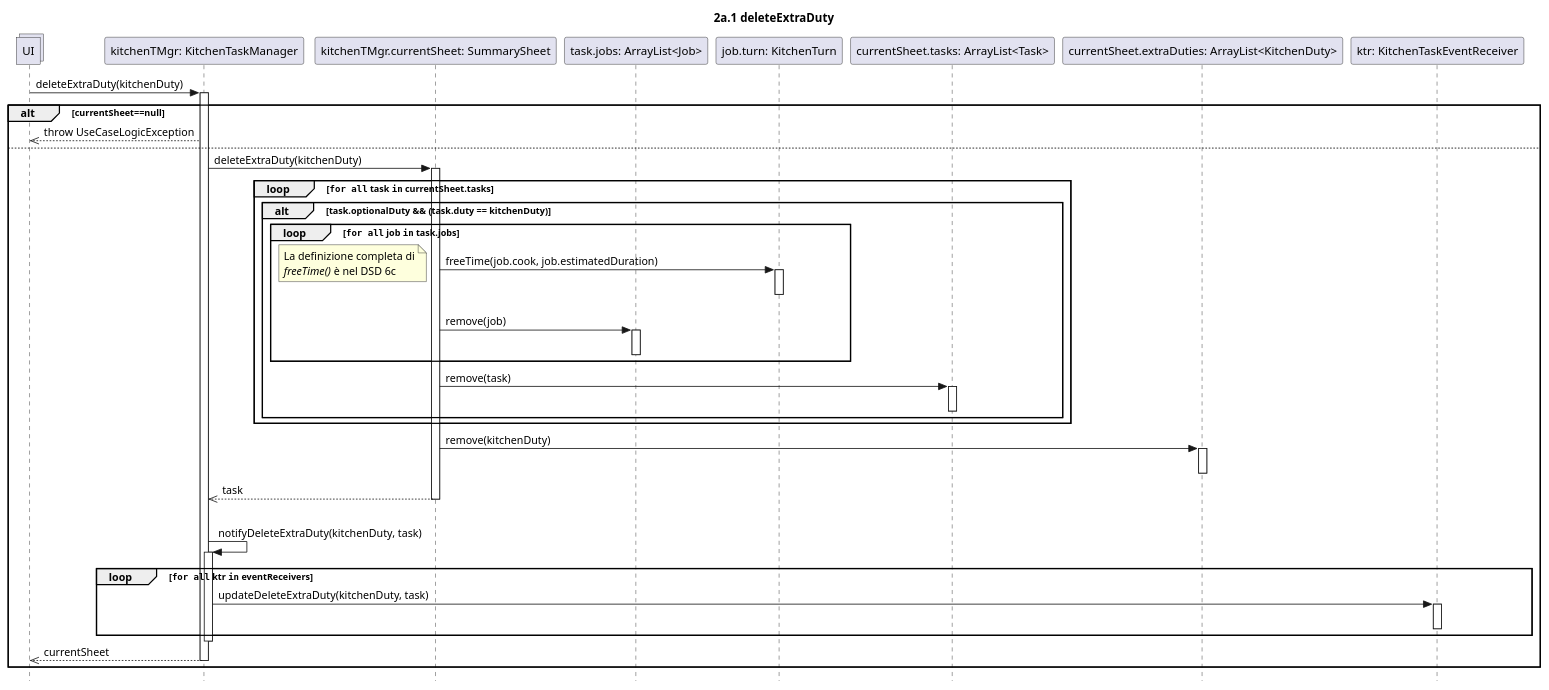
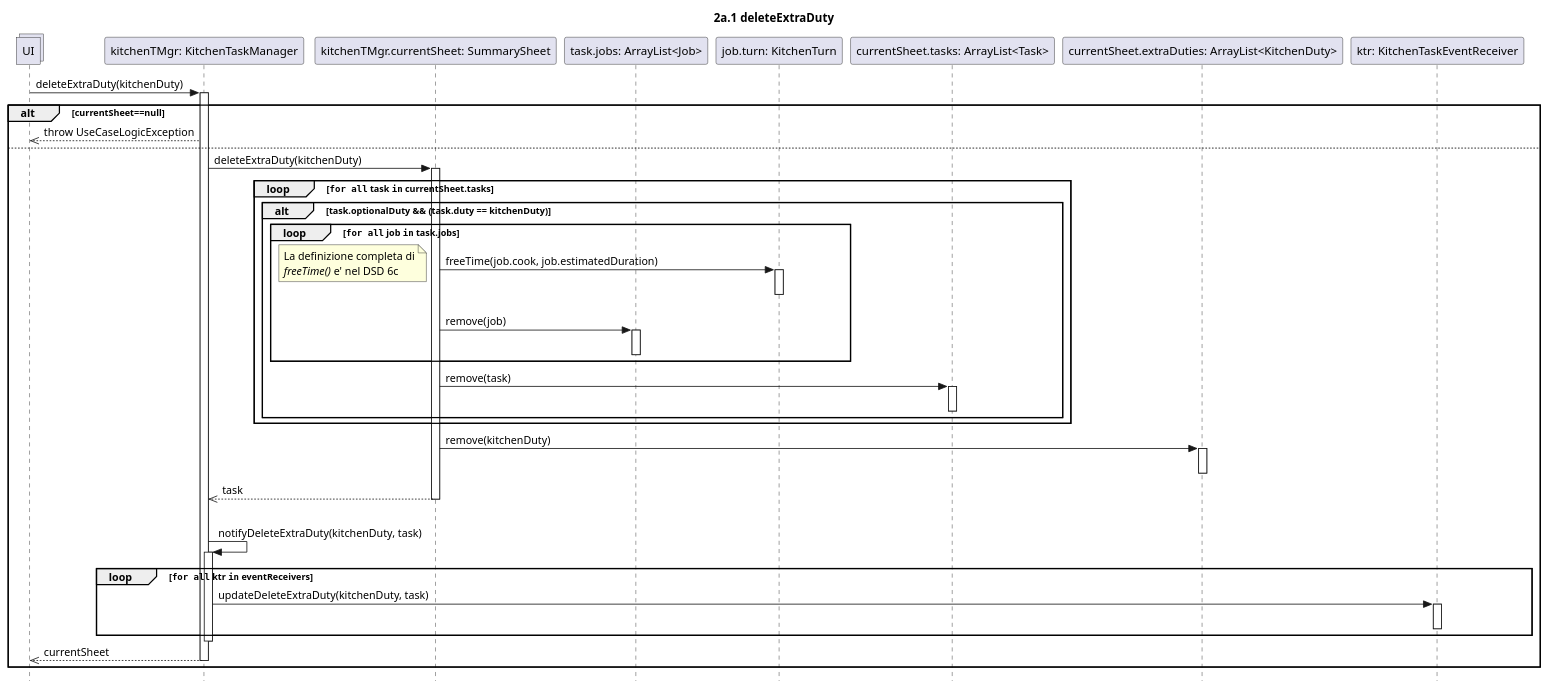
One commit to stefa168/sas-project changed the diagram in UP/Progettazione/UC Gestire Compiti Cucina/DSD/DSD Operazione 2a.1.puml. Above: the diagram before and after it, drawn with PlantUML. The commit also changed 6 other files, not shown here.

```diff
--- a/UP/Progettazione/UC Gestire Compiti Cucina/DSD/DSD Operazione 2a.1.puml
+++ b/UP/Progettazione/UC Gestire Compiti Cucina/DSD/DSD Operazione 2a.1.puml
@@ -1,67 +1,67 @@
 @startuml Operazione 2a.1
 skinparam Style strictuml
 
 title 2a.1 deleteExtraDuty
 
 collections UI
 
 participant "kitchenTMgr: KitchenTaskManager" as ktm
 UI -> ktm: deleteExtraDuty(kitchenDuty)
 activate ktm
 
 alt currentSheet==null
     UI <<-- ktm: throw UseCaseLogicException
 else
     participant "kitchenTMgr.currentSheet: SummarySheet" as ss
     ktm -> ss: deleteExtraDuty(kitchenDuty)
     activate ss
 
     loop ""for all"" task ""in"" currentSheet.tasks
         alt task.optionalDuty && (task.duty == kitchenDuty)
             loop ""for all"" job ""in"" task.jobs
                 participant "task.jobs: ArrayList<Job>" as j
                 participant "job.turn: KitchenTurn" as jobKitchenTurn
 
                 ss -> jobKitchenTurn: freeTime(job.cook, job.estimatedDuration)
-                note left: La definizione completa di\n//freeTime()// è nel DSD 6c
+                note left: La definizione completa di\n//freeTime()// e' nel DSD 6c
                 activate jobKitchenTurn
                 deactivate jobKitchenTurn
 
                 ss -> j: remove(job)
                 activate j
                 deactivate j
             end
 
             participant "currentSheet.tasks: ArrayList<Task>" as tasks
             ss -> tasks: remove(task)
             activate tasks
             deactivate tasks
         end
     end
     
     participant "currentSheet.extraDuties: ArrayList<KitchenDuty>" as kdList
     ss -> kdList: remove(kitchenDuty)
     activate kdList
     deactivate kdList
     
     ktm <<-- ss: task
     deactivate ss
 
     participant "ktr: KitchenTaskEventReceiver" as ktr
     |||
     ktm -> ktm: notifyDeleteExtraDuty(kitchenDuty, task)
         activate ktm
     loop ""for all"" ktr ""in"" eventReceivers
         ktm -> ktr : updateDeleteExtraDuty(kitchenDuty, task)
         activate ktr
         deactivate ktr
     end
     deactivate ktm
 
     UI <<-- ktm : currentSheet
     deactivate ktm
 
     
 end
 
 @enduml
```
